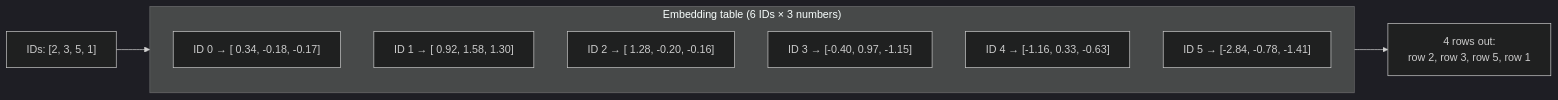
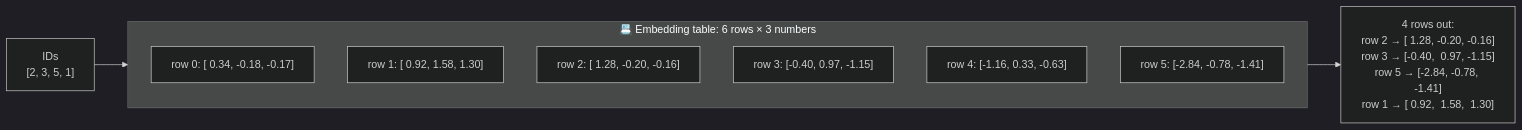
The fourth of 11 diagrams in docs/03-embeddings.md (Ranjeet0611/tinygpt), drawn with Mermaid (dark theme) before and after one commit. The commit also changed other lines of this file and 9 other files, not shown here.

````diff
--- a/docs/03-embeddings.md
+++ b/docs/03-embeddings.md
@@ -40,14 +81,14 @@
 ```mermaid
 flowchart LR
-    IDS["IDs: [2, 3, 5, 1]"] --> TABLE
-    subgraph TABLE["Embedding table (6 IDs × 3 numbers)"]
+    IN["IDs<br/>[2, 3, 5, 1]"] --> T
+    subgraph T["📇 Embedding table: 6 rows × 3 numbers"]
         direction TB
-        r0["ID 0 → [ 0.34, -0.18, -0.17]"]
-        r1["ID 1 → [ 0.92,  1.58,  1.30]"]
-        r2["ID 2 → [ 1.28, -0.20, -0.16]"]
-        r3["ID 3 → [-0.40,  0.97, -1.15]"]
-        r4["ID 4 → [-1.16,  0.33, -0.63]"]
-        r5["ID 5 → [-2.84, -0.78, -1.41]"]
+        r0["row 0: [ 0.34, -0.18, -0.17]"]
+        r1["row 1: [ 0.92,  1.58,  1.30]"]
+        r2["row 2: [ 1.28, -0.20, -0.16]"]
+        r3["row 3: [-0.40,  0.97, -1.15]"]
+        r4["row 4: [-1.16,  0.33, -0.63]"]
+        r5["row 5: [-2.84, -0.78, -1.41]"]
     end
-    TABLE --> OUT["4 rows out:<br/>row 2, row 3, row 5, row 1"]
+    T --> OUT["4 rows out:<br/>row 2 → [ 1.28, -0.20, -0.16]<br/>row 3 → [-0.40,  0.97, -1.15]<br/>row 5 → [-2.84, -0.78, -1.41]<br/>row 1 → [ 0.92,  1.58,  1.30]"]
 ```
````
